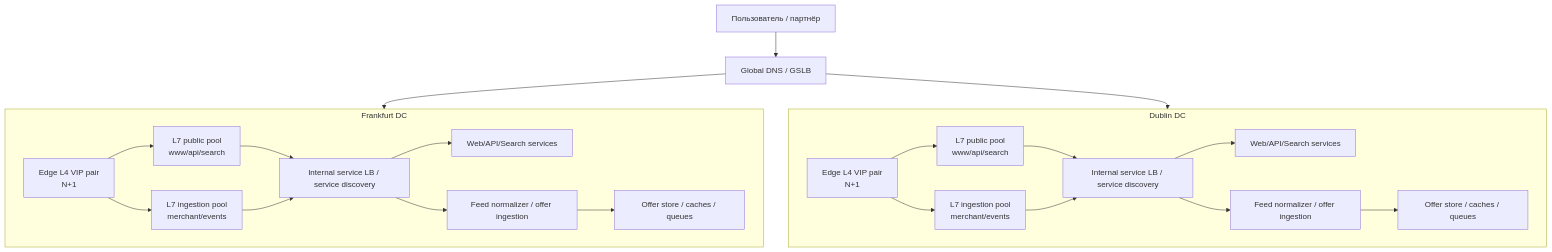
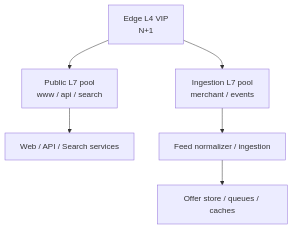
Before and after one commit to egorsharonov/HighLoad-System: the second of 2 diagrams in README.md, drawn with Mermaid. The commit also changed other lines of this file, not shown here.

Commit message:
Update README.md refactor scheme

````diff
--- a/README.md
+++ b/README.md
@@ -392,39 +403,11 @@
 ```mermaid
 flowchart TD
-    GSLB[Global DNS / GSLB]
-    U[Пользователь / партнёр]
-    U --> GSLB
+    VIP[Edge L4 VIP<br/>N+1]
 
-    GSLB --> FRA
-    GSLB --> DUB
+    VIP --> PUB[Public L7 pool<br/>www / api / search]
+    VIP --> ING[Ingestion L7 pool<br/>merchant / events]
 
-    subgraph FRA[Frankfurt DC]
-        FRA_L4[Edge L4 VIP pair\nN+1]
-        FRA_WEB[L7 public pool\nwww/api/search]
-        FRA_MER[L7 ingestion pool\nmerchant/events]
-        FRA_INT[Internal service LB / service discovery]
-        FRA_APP[Web/API/Search services]
-        FRA_ING[Feed normalizer / offer ingestion]
-        FRA_STORE[Offer store / caches / queues]
-
-        FRA_L4 --> FRA_WEB
-        FRA_L4 --> FRA_MER
-        FRA_WEB --> FRA_INT --> FRA_APP
-        FRA_MER --> FRA_INT --> FRA_ING --> FRA_STORE
-    end
-
-    subgraph DUB[Dublin DC]
-        DUB_L4[Edge L4 VIP pair\nN+1]
-        DUB_WEB[L7 public pool\nwww/api/search]
-        DUB_MER[L7 ingestion pool\nmerchant/events]
-        DUB_INT[Internal service LB / service discovery]
-        DUB_APP[Web/API/Search services]
-        DUB_ING[Feed normalizer / offer ingestion]
-        DUB_STORE[Offer store / caches / queues]
-
-        DUB_L4 --> DUB_WEB
-        DUB_L4 --> DUB_MER
-        DUB_WEB --> DUB_INT --> DUB_APP
-        DUB_MER --> DUB_INT --> DUB_ING --> DUB_STORE
-    end
+    PUB --> APP[Web / API / Search services]
+    ING --> NORM[Feed normalizer / ingestion]
+    NORM --> STORE[Offer store / queues / caches]
 ```
````
